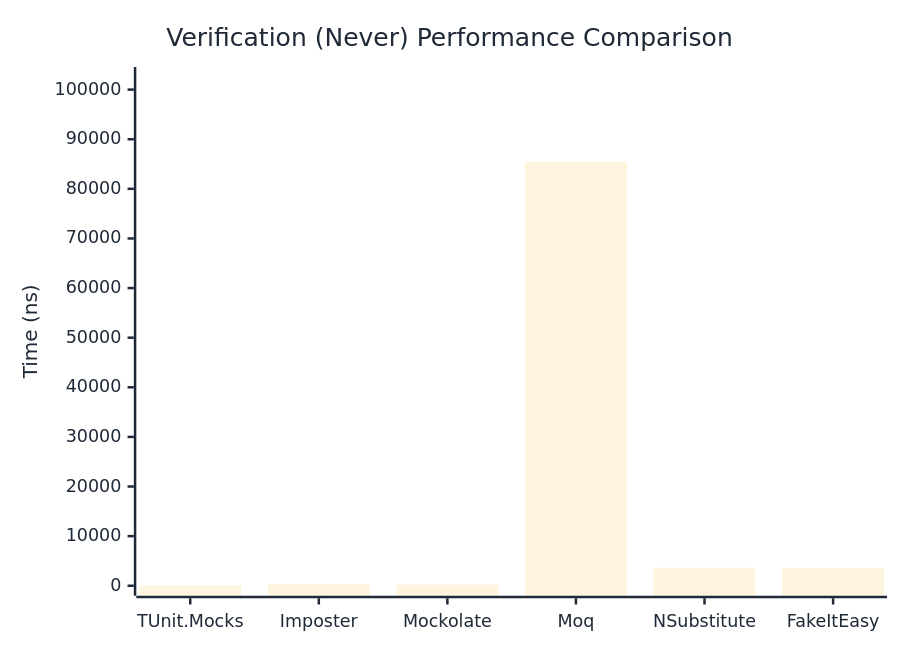
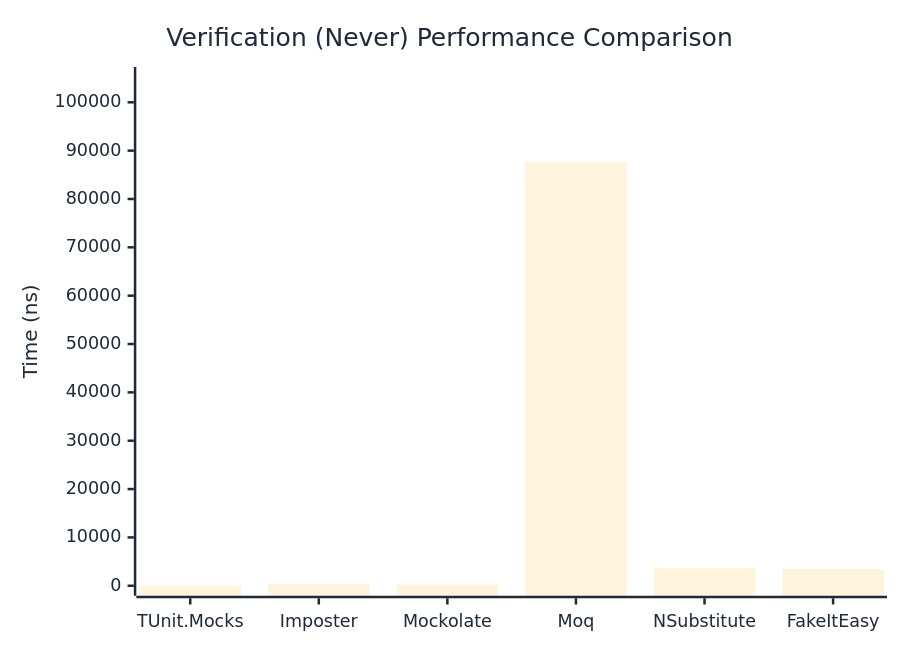
One commit to thomhurst/TUnit changed the second of 3 diagrams in docs/docs/benchmarks/mocks/Verification.md. Above: the diagram before and after it, drawn with Mermaid. The commit also changed other lines of this file and 14 other files, not shown here.

````diff
--- a/docs/docs/benchmarks/mocks/Verification.md
+++ b/docs/docs/benchmarks/mocks/Verification.md
@@ -71,27 +71,27 @@
 ```mermaid
 %%{init: {
   'theme':'base',
   'themeVariables': {
     'primaryColor': '#2563eb',
     'primaryTextColor': '#1f2937',
     'primaryBorderColor': '#1e40af',
     'lineColor': '#6b7280',
     'secondaryColor': '#7c3aed',
     'tertiaryColor': '#dc2626',
     'background': '#ffffff',
     'pie1': '#2563eb',
     'pie2': '#7c3aed',
     'pie3': '#dc2626',
     'pie4': '#f59e0b',
     'pie5': '#10b981',
     'pie6': '#06b6d4',
     'pie7': '#ec4899',
     'pie8': '#6366f1'
   }
 }}%%
 xychart-beta
   title "Verification (Never) Performance Comparison"
   x-axis ["TUnit.Mocks", "Imposter", "Mockolate", "Moq", "NSubstitute", "FakeItEasy"]
-  y-axis "Time (ns)" 0 --> 102541
-  bar [50.05, 311.3, 222.92, 85450.63, 3613.08, 3589.99]
+  y-axis "Time (ns)" 0 --> 105233
+  bar [54.4, 321.83, 235.12, 87693.57, 3696.62, 3466.32]
 ```
````
